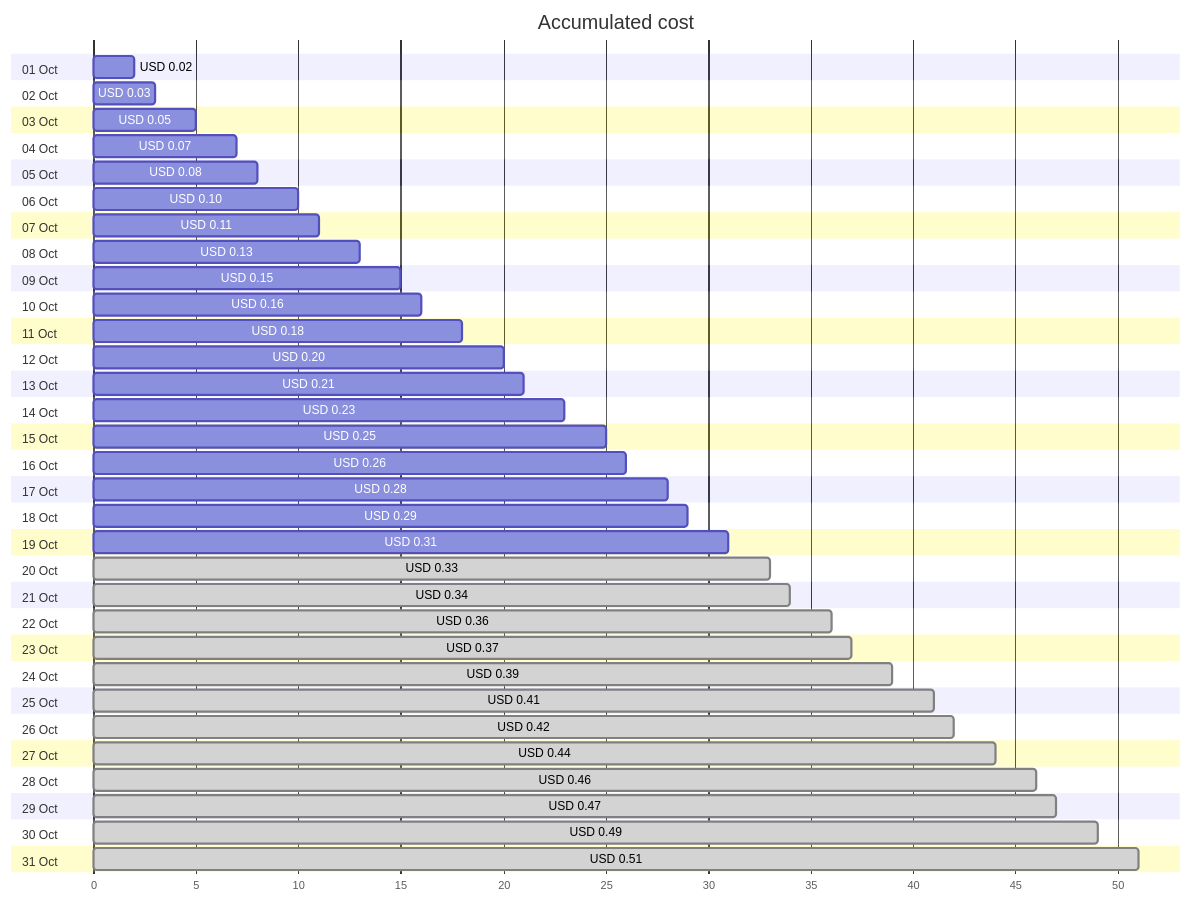
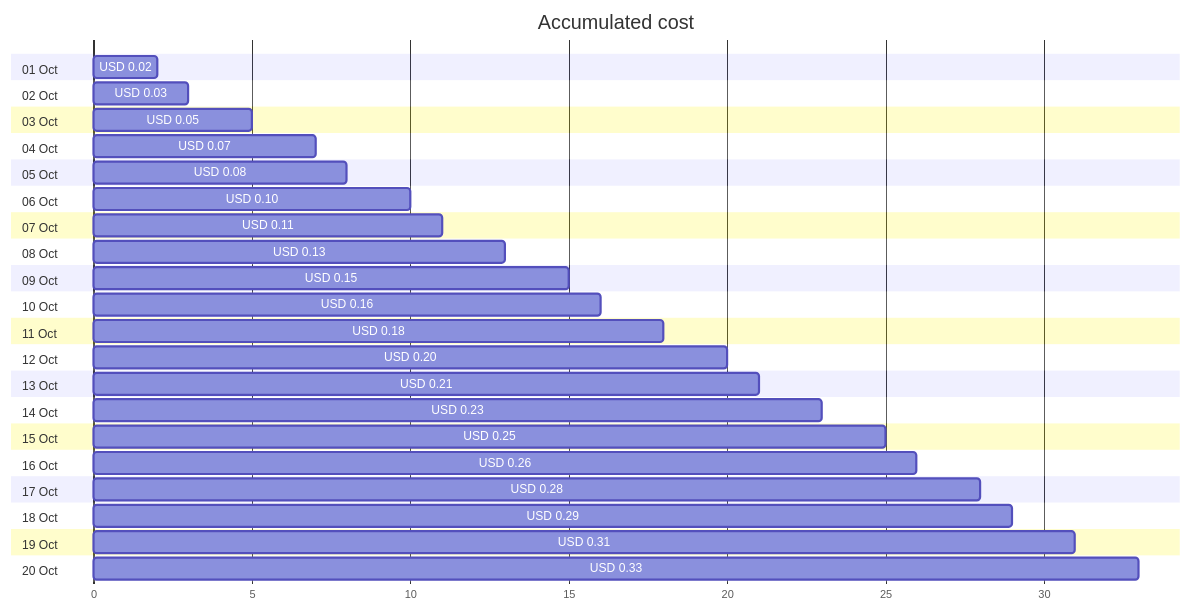
Before and after one commit to jpfulton/azure-personal-reports: the first of 4 diagrams in cost-reports/personal-dns/jpatrickfulton.com.md, drawn with Mermaid. The commit also changed other lines of this file and 2 other files, not shown here.

Commit message:
Generated reports [skip ci]

````diff
--- a/cost-reports/personal-dns/jpatrickfulton.com.md
+++ b/cost-reports/personal-dns/jpatrickfulton.com.md
@@ -20,68 +20,46 @@
 ```mermaid
 gantt
    title Accumulated cost
    dateFormat  X
    axisFormat %s
    section 01 Oct
    USD 0.02 :0, 2
    section 02 Oct
    USD 0.03 :0, 3
    section 03 Oct
    USD 0.05 :0, 5
    section 04 Oct
    USD 0.07 :0, 7
    section 05 Oct
    USD 0.08 :0, 8
    section 06 Oct
    USD 0.10 :0, 10
    section 07 Oct
    USD 0.11 :0, 11
    section 08 Oct
    USD 0.13 :0, 13
    section 09 Oct
    USD 0.15 :0, 15
    section 10 Oct
    USD 0.16 :0, 16
    section 11 Oct
    USD 0.18 :0, 18
    section 12 Oct
    USD 0.20 :0, 20
    section 13 Oct
    USD 0.21 :0, 21
    section 14 Oct
    USD 0.23 :0, 23
    section 15 Oct
    USD 0.25 :0, 25
    section 16 Oct
    USD 0.26 :0, 26
    section 17 Oct
    USD 0.28 :0, 28
    section 18 Oct
    USD 0.29 :0, 29
    section 19 Oct
    USD 0.31 :0, 31
    section 20 Oct
-   USD 0.33 : done, 0, 33
-   section 21 Oct
-   USD 0.34 : done, 0, 34
-   section 22 Oct
-   USD 0.36 : done, 0, 36
-   section 23 Oct
-   USD 0.37 : done, 0, 37
-   section 24 Oct
-   USD 0.39 : done, 0, 39
-   section 25 Oct
-   USD 0.41 : done, 0, 41
-   section 26 Oct
-   USD 0.42 : done, 0, 42
-   section 27 Oct
-   USD 0.44 : done, 0, 44
-   section 28 Oct
-   USD 0.46 : done, 0, 46
-   section 29 Oct
-   USD 0.47 : done, 0, 47
-   section 30 Oct
-   USD 0.49 : done, 0, 49
-   section 31 Oct
-   USD 0.51 : done, 0, 51
+   USD 0.33 :0, 33
 ```
````
